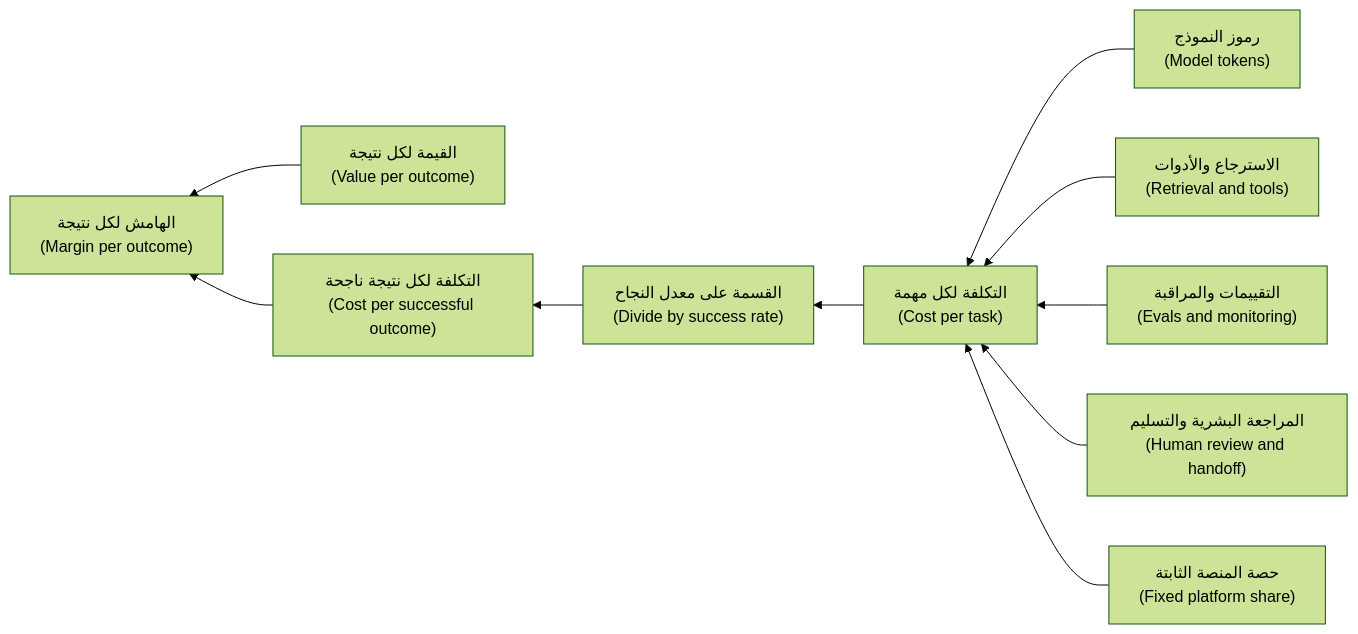
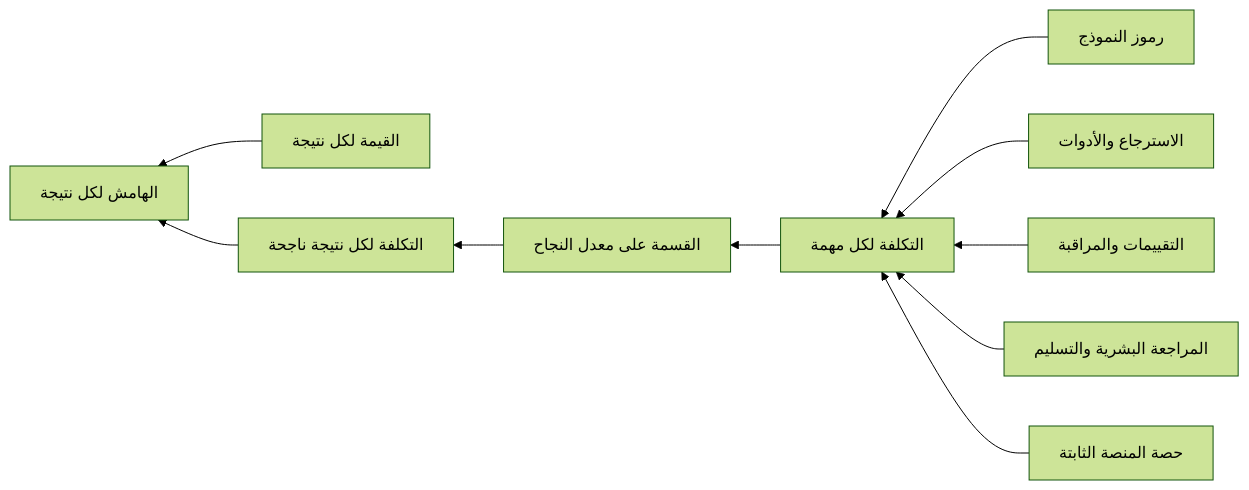
One commit to Tamoura/system-design-for-vibe-coders changed the second of 3 diagrams in aipm/modules/08-metrics.ar.md. Above: the diagram before and after it, drawn with Mermaid (forest theme). The commit also changed other lines of this file and 551 other files, not shown here.

````diff
--- a/aipm/modules/08-metrics.ar.md
+++ b/aipm/modules/08-metrics.ar.md
@@ -318,12 +326,12 @@
 ```mermaid
 flowchart RL
-    M["رموز النموذج<br/>(Model tokens)"] --> C["التكلفة لكل مهمة<br/>(Cost per task)"]
-    R["الاسترجاع والأدوات<br/>(Retrieval and tools)"] --> C
-    E["التقييمات والمراقبة<br/>(Evals and monitoring)"] --> C
-    H["المراجعة البشرية والتسليم<br/>(Human review and handoff)"] --> C
-    F["حصة المنصة الثابتة<br/>(Fixed platform share)"] --> C
-    C --> D["القسمة على معدل النجاح<br/>(Divide by success rate)"]
-    D --> O["التكلفة لكل نتيجة ناجحة<br/>(Cost per successful outcome)"]
-    V["القيمة لكل نتيجة<br/>(Value per outcome)"] --> P["الهامش لكل نتيجة<br/>(Margin per outcome)"]
+    M["رموز النموذج"] --> C["التكلفة لكل مهمة"]
+    R["الاسترجاع والأدوات"] --> C
+    E["التقييمات والمراقبة"] --> C
+    H["المراجعة البشرية والتسليم"] --> C
+    F["حصة المنصة الثابتة"] --> C
+    C --> D["القسمة على معدل النجاح"]
+    D --> O["التكلفة لكل نتيجة ناجحة"]
+    V["القيمة لكل نتيجة"] --> P["الهامش لكل نتيجة"]
     O --> P
 ```
````
